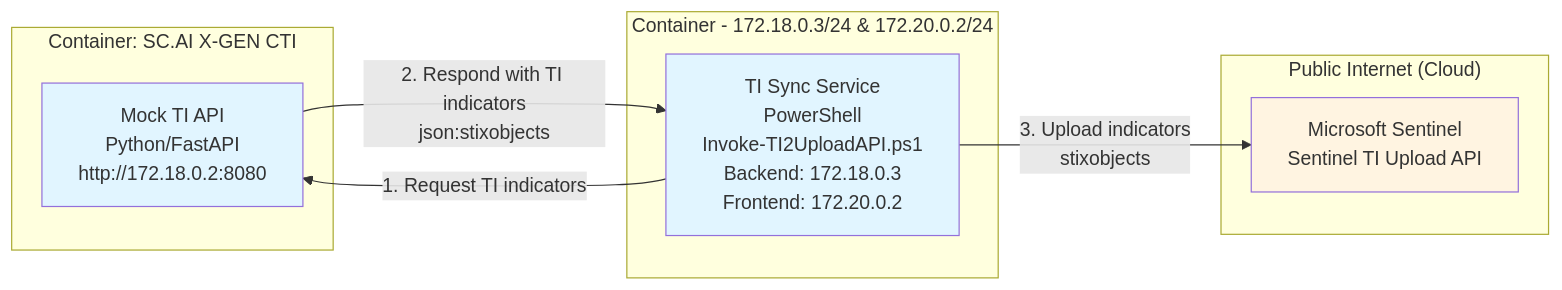
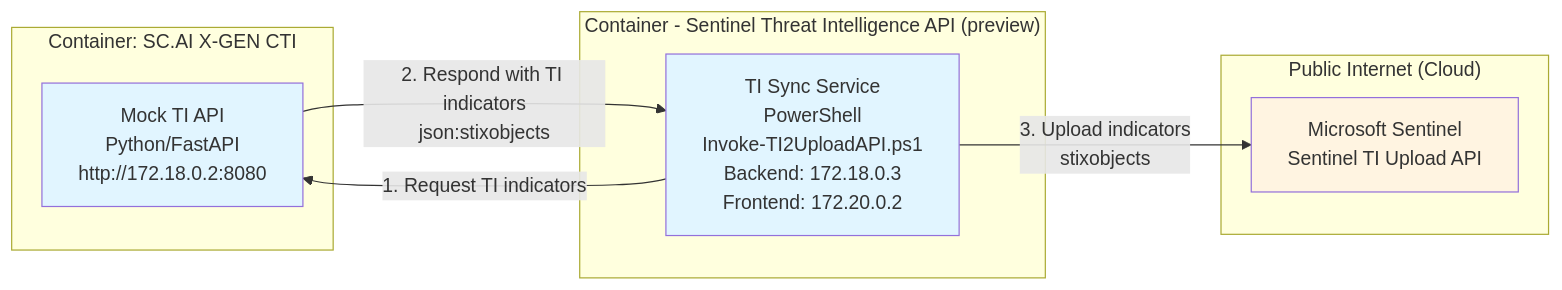
Before and after one commit to dcodev1702/Sentinel-TI-Upload-with-Mock-TI-API: the diagram in README.md, drawn with Mermaid.

````diff
--- a/README.md
+++ b/README.md
@@ -6,22 +6,22 @@
 ```mermaid
 graph LR
     subgraph "Container: SC.AI X-GEN CTI"
         A[Mock TI API<br/>Python/FastAPI<br/>http://172.18.0.2:8080]
     end
     
-    subgraph "Container - 172.18.0.3/24 & 172.20.0.2/24"
+    subgraph "Container - Sentinel Threat Intelligence API (preview)"
         B[TI Sync Service<br/>PowerShell<br/>Invoke-TI2UploadAPI.ps1<br/>Backend: 172.18.0.3<br/>Frontend: 172.20.0.2]
     end
     
     subgraph "Public Internet (Cloud)"
         C[Microsoft Sentinel<br/>Sentinel TI Upload API]
     end
     
     B -->|1. Request TI indicators| A
     A -->|2. Respond with TI indicators<br/>json:stixobjects| B
     B -->|3. Upload indicators<br/>stixobjects| C
     
     style A fill:#e1f5ff
     style B fill:#e1f5ff
     style C fill:#fff4e1
 ```
````
